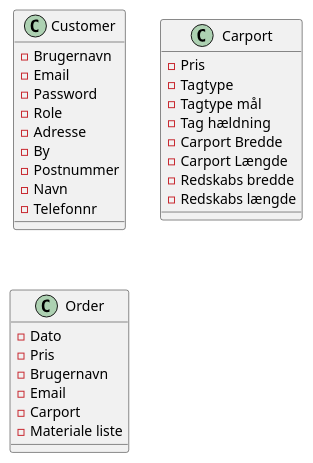
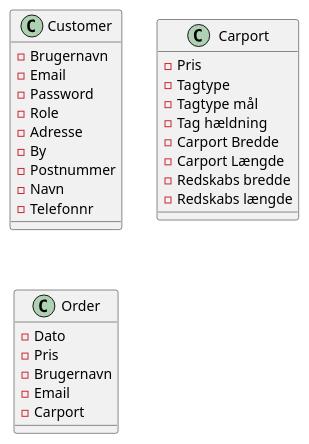
The diagram in documentation/Domænemodel.puml (NatasjaVitoft/Carport), drawn with PlantUML before and after one commit. The commit also changed 2 other files, not shown here.

```diff
--- a/documentation/Domænemodel.puml
+++ b/documentation/Domænemodel.puml
@@ -1,35 +1,34 @@
 @startuml
 
 class Customer {
 - Brugernavn
 - Email
 - Password
 - Role
 - Adresse
 - By
 - Postnummer
 - Navn
 - Telefonnr
 }
 
 class Carport {
 - Pris
 - Tagtype
 - Tagtype mål
 - Tag hældning
 - Carport Bredde
 - Carport Længde
 - Redskabs bredde
 - Redskabs længde
 }
 
 class Order {
 - Dato
 - Pris
 - Brugernavn
 - Email
 - Carport
-- Materiale liste
 }
 
 @enduml
```
